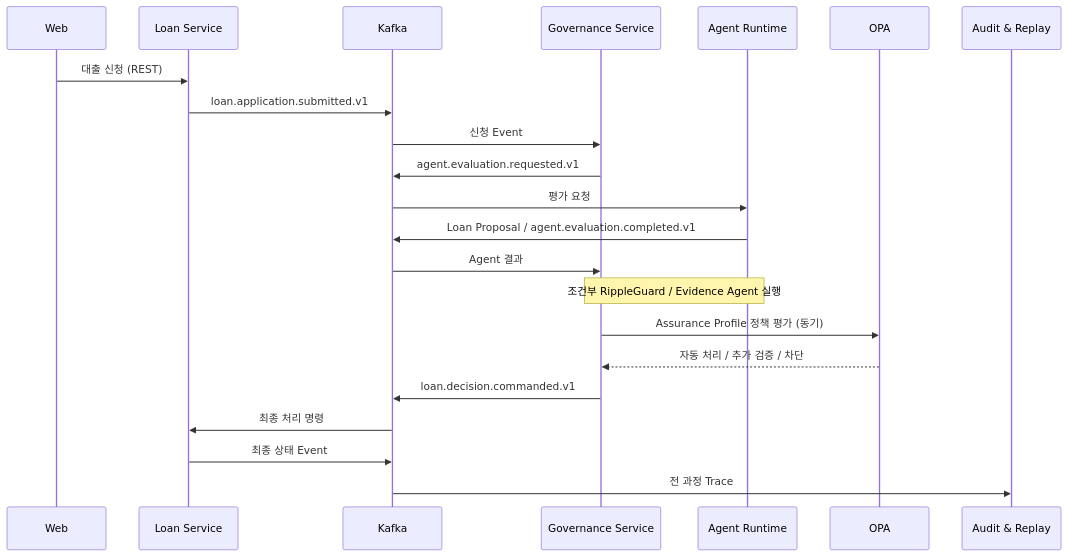
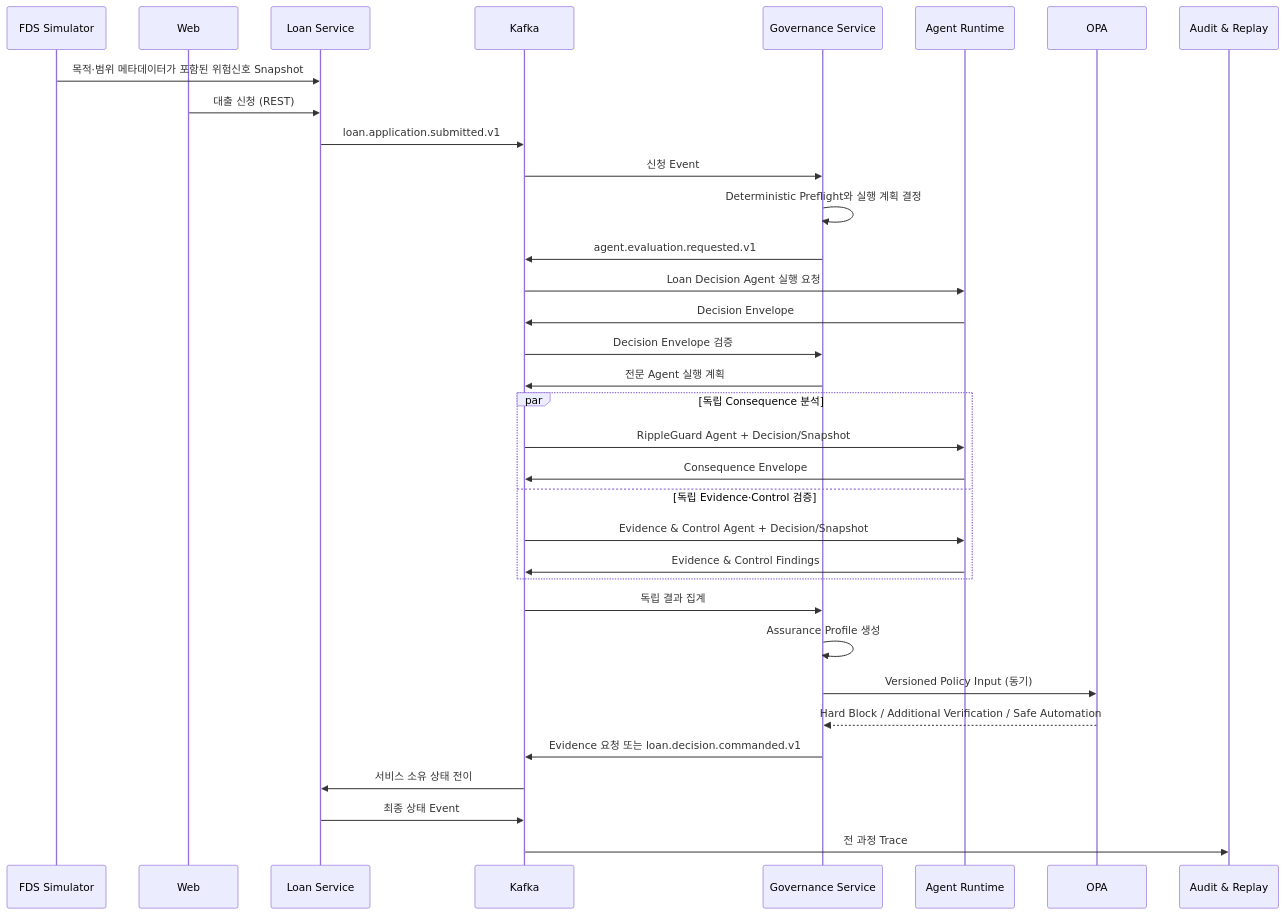
One commit to dlsrnjs125/rippleguard-docs changed the diagram in architecture/data-flow.md. Above: the diagram before and after it, drawn with Mermaid. The commit also changed other lines of this file and 29 other files, not shown here.

````diff
--- a/architecture/data-flow.md
+++ b/architecture/data-flow.md
@@ -3,24 +3,36 @@
 ```mermaid
 sequenceDiagram
+  participant F as FDS Simulator
   participant W as Web
   participant L as Loan Service
   participant K as Kafka
   participant G as Governance Service
   participant A as Agent Runtime
   participant P as OPA
   participant R as Audit & Replay
+  F->>L: 목적·범위 메타데이터가 포함된 위험신호 Snapshot
   W->>L: 대출 신청 (REST)
   L->>K: loan.application.submitted.v1
   K->>G: 신청 Event
+  G->>G: Deterministic Preflight와 실행 계획 결정
   G->>K: agent.evaluation.requested.v1
-  K->>A: 평가 요청
-  A->>K: Loan Proposal / agent.evaluation.completed.v1
-  K->>G: Agent 결과
-  Note over G,A: 조건부 RippleGuard / Evidence Agent 실행
-  G->>P: Assurance Profile 정책 평가 (동기)
-  P-->>G: 자동 처리 / 추가 검증 / 차단
-  G->>K: loan.decision.commanded.v1
-  K->>L: 최종 처리 명령
+  K->>A: Loan Decision Agent 실행 요청
+  A->>K: Decision Envelope
+  K->>G: Decision Envelope 검증
+  G->>K: 전문 Agent 실행 계획
+  par 독립 Consequence 분석
+    K->>A: RippleGuard Agent + Decision/Snapshot
+    A->>K: Consequence Envelope
+  and 독립 Evidence·Control 검증
+    K->>A: Evidence & Control Agent + Decision/Snapshot
+    A->>K: Evidence & Control Findings
+  end
+  K->>G: 독립 결과 집계
+  G->>G: Assurance Profile 생성
+  G->>P: Versioned Policy Input (동기)
+  P-->>G: Hard Block / Additional Verification / Safe Automation
+  G->>K: Evidence 요청 또는 loan.decision.commanded.v1
+  K->>L: 서비스 소유 상태 전이
   L->>K: 최종 상태 Event
   K->>R: 전 과정 Trace
 ```
````
